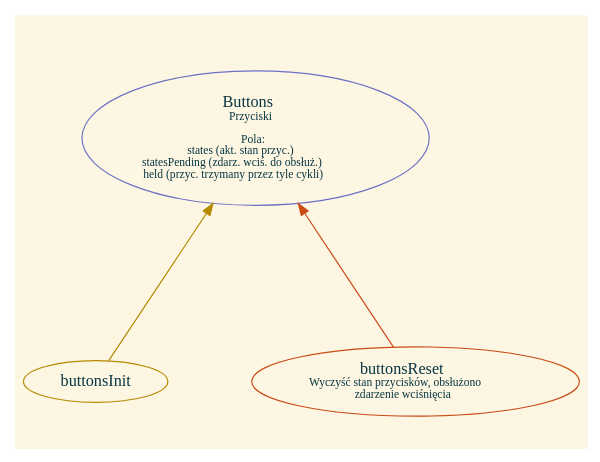
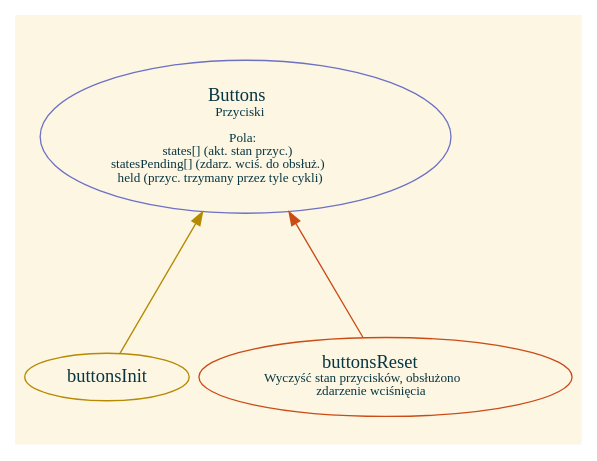
The diagram in z4/assets/g_buttons.dot (dgruszcz/pw-eiti-tm), drawn with Graphviz before and after one commit. The commit also changed 9 other files, not shown here.

```diff
--- a/z4/assets/g_buttons.dot
+++ b/z4/assets/g_buttons.dot
@@ -1,21 +1,21 @@
 digraph {
     ratio="fill";
     size="4,3!";
-    graph [pad="0.1", nodesep="1", bgcolor="#fdf6e3"]
+    graph [pad="0.1", nodesep="0.1", bgcolor="#fdf6e3"]
     node [color="#002b36", fontcolor="#073642"]
     edge [fontsize="10"]
     
     {
         rank="source";
-        Buttons [label=<Buttons<BR /><FONT POINT-SIZE="10">Przyciski<BR /><BR />Pola:<BR />states (akt. stan przyc.)<BR />statesPending (zdarz. wciś. do obsłuż.)<BR />held (przyc. trzymany przez tyle cykli)</FONT>> color="#6c71c4"]
+        Buttons [label=<Buttons<BR /><FONT POINT-SIZE="10">Przyciski<BR /><BR />Pola:<BR />states[] (akt. stan przyc.)<BR />statesPending[] (zdarz. wciś. do obsłuż.)<BR />held (przyc. trzymany przez tyle cykli)</FONT>> color="#6c71c4"]
     }
     
     {
         buttonsInit [color="#b58900"]
         buttonsReset [label=<buttonsReset<BR /><FONT POINT-SIZE="10">Wyczyść stan przycisków, obsłużono<BR />zdarzenie wciśnięcia</FONT>>, color="#cb4b16"]
     }
     
     buttonsInit -> Buttons [color="#b58900"]
     buttonsReset -> Buttons [color="#cb4b16"]
     
 }
```
